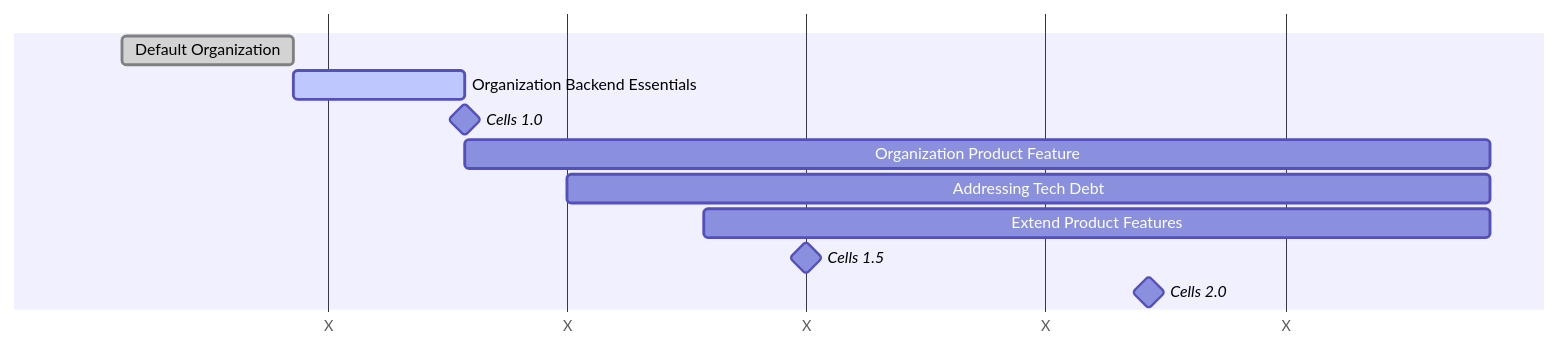
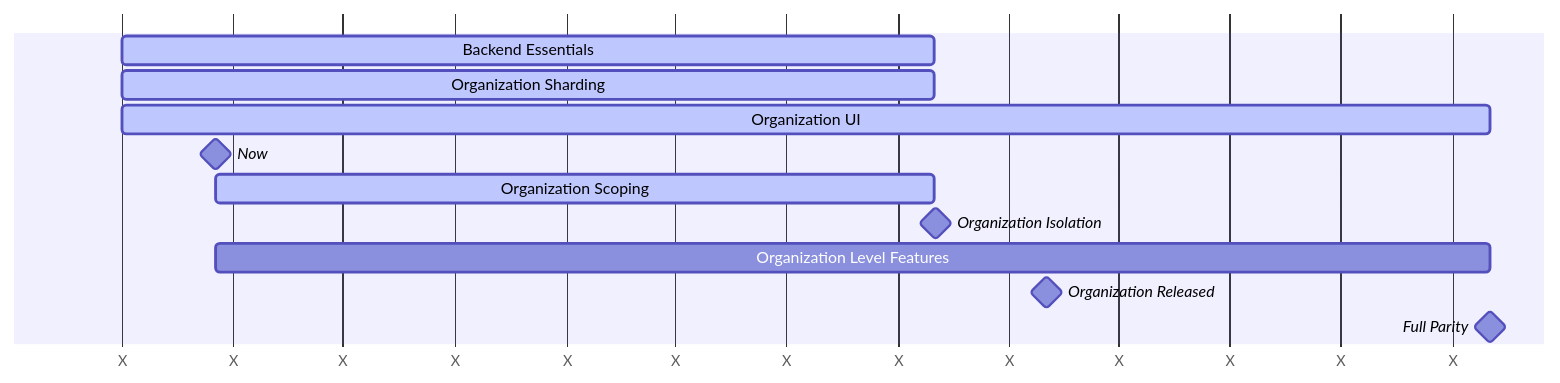
Before and after one commit to zalyoung/gitlab-handbook: the diagram in content/handbook/engineering/architecture/design-documents/organization/_index.md, drawn with Mermaid. The commit also changed other lines of this file and 4 other files, not shown here.

````diff
--- a/content/handbook/engineering/architecture/design-documents/organization/_index.md
+++ b/content/handbook/engineering/architecture/design-documents/organization/_index.md
@@ -358,16 +141,20 @@
 ```mermaid
 gantt
     dateFormat  YYYY-MM-DD
     axisFormat  X
     todayMarker off
 
     %% Dates are for illustration purposes only.
-    Default Organization : done, do1, 2024-07-01, 5d
-    Organization Backend Essentials : active, be, after do1, 5d
-    Cells 1.0 : milestone, 2024-07-11,
-    Organization Product Feature : pf, after be, 30d
-    Addressing Tech Debt : td, 2024-07-14, 27d
-    Extend Product Features : 2024-07-18, 23d
-    Cells 1.5 : milestone, 2024-07-21,
-    Cells 2.0 : milestone, 2024-07-31,
+    Backend Essentials: active, be, 2024-01-01, 2025-10-31
+    Organization Sharding : active, sh, 2024-01-01, 2025-10-31
+    Organization UI : active, ui, 2024-01-01, 2027-02-01
+    Now : milestone, now, 2024-03-18,
+
+    Organization Scoping: active, sc, after now, 2025-10-31
+    Organization Isolation : milestone, 2025-11-01,
+
+    Organization Level Features : co, after now, 2027-02-01
+    Organization Released : milestone, 2026-02-01,
+
+    Full Parity : milestone, 2027-02-01,
 ```
````
